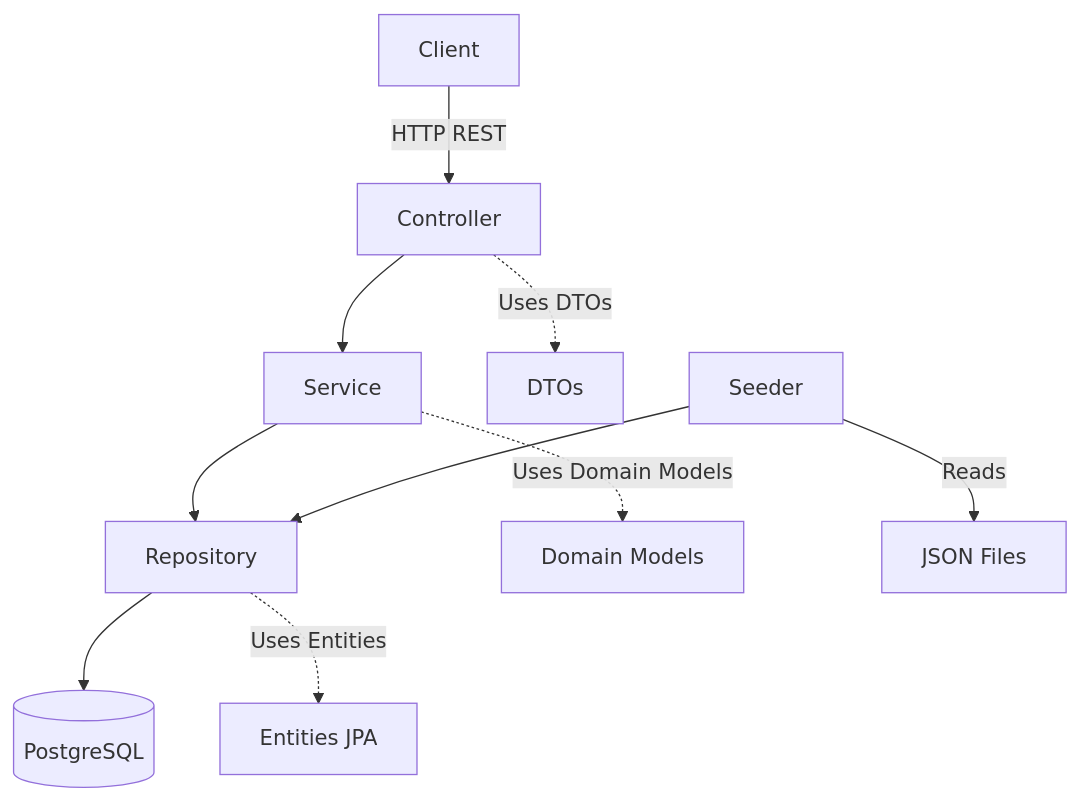
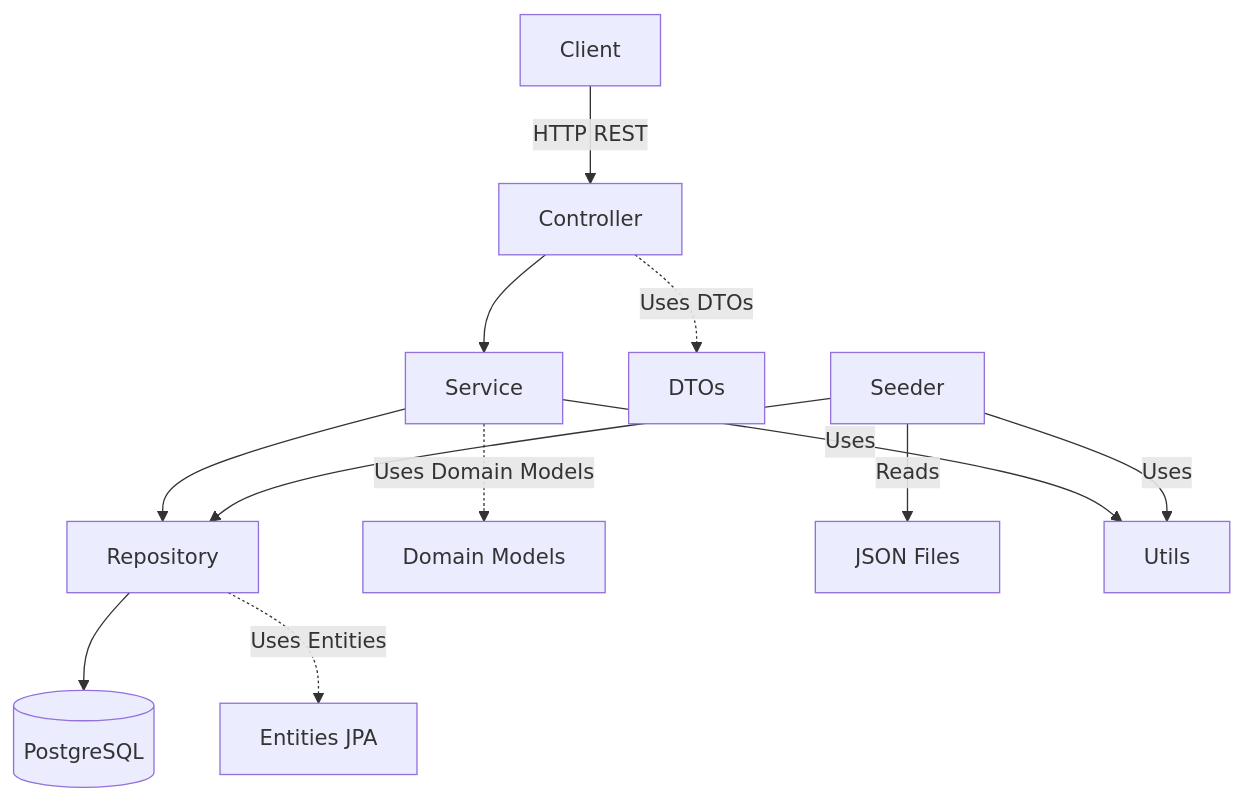
Before and after one commit to lucabelezal/pokedex-bff: the first of 2 diagrams in doc/ARCHITECTURE.md, drawn with Mermaid. The commit also changed other lines of this file and 10 other files, not shown here.

Commit message:
doc: adiciona ARCHITECTURE.md

````diff
--- a/doc/ARCHITECTURE.md
+++ b/doc/ARCHITECTURE.md
@@ -131,14 +140,16 @@
 ```mermaid
 graph TD
   Client -->|HTTP REST| Controller
   Controller --> Service
   Service --> Repository
   Repository --> Database[(PostgreSQL)]
 
   Controller -.->|Uses DTOs| DTO[DTOs]
   Service -.->|Uses Domain Models| DomainModel[Domain Models]
   Repository -.->|Uses Entities| Entity[Entities JPA]
 
   Seeder --> Repository
   Seeder -->|Reads| JSONFiles[JSON Files]
-  ```
+  Service -->|Uses| Utils
+  Seeder -->|Uses| Utils
+```
````
